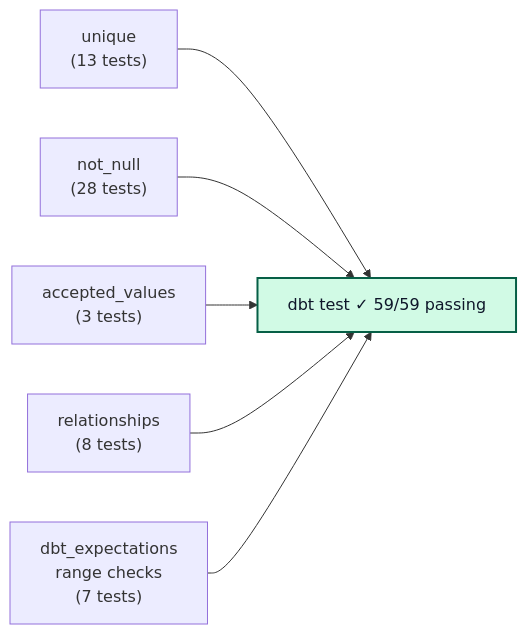
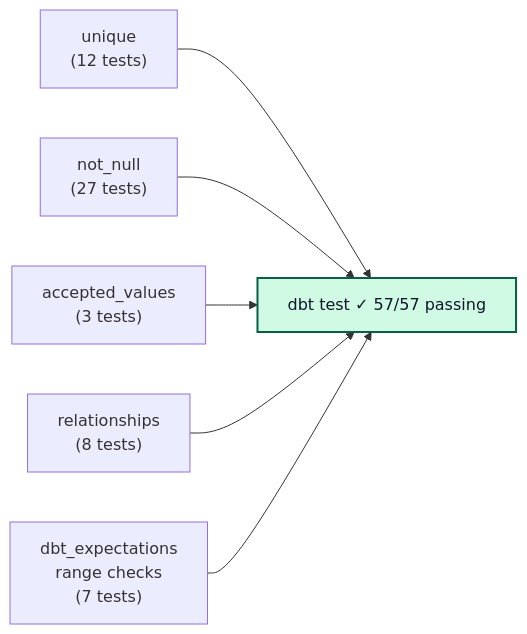
One commit to mateoportillo1900/physician-pharma-analytics changed the third of 4 diagrams in docs/DATA_MODEL.md. Above: the diagram before and after it, drawn with Mermaid. The commit also changed other lines of this file and 6 other files, not shown here.

````diff
--- a/docs/DATA_MODEL.md
+++ b/docs/DATA_MODEL.md
@@ -139,16 +145,16 @@
 ```mermaid
 flowchart LR
-    UNIQUE["unique<br/>(13 tests)"]
-    NN["not_null<br/>(28 tests)"]
+    UNIQUE["unique<br/>(12 tests)"]
+    NN["not_null<br/>(27 tests)"]
     AV["accepted_values<br/>(3 tests)"]
     REL["relationships<br/>(8 tests)"]
     EXP["dbt_expectations<br/>range checks<br/>(7 tests)"]
 
-    UNIQUE --> ALL["dbt test ✓ 59/59 passing"]
+    UNIQUE --> ALL["dbt test ✓ 57/57 passing"]
     NN --> ALL
     AV --> ALL
     REL --> ALL
     EXP --> ALL
 
     style ALL fill:#D1FAE5,stroke:#065F46,color:#0F172A,stroke-width:2px
 ```
````
